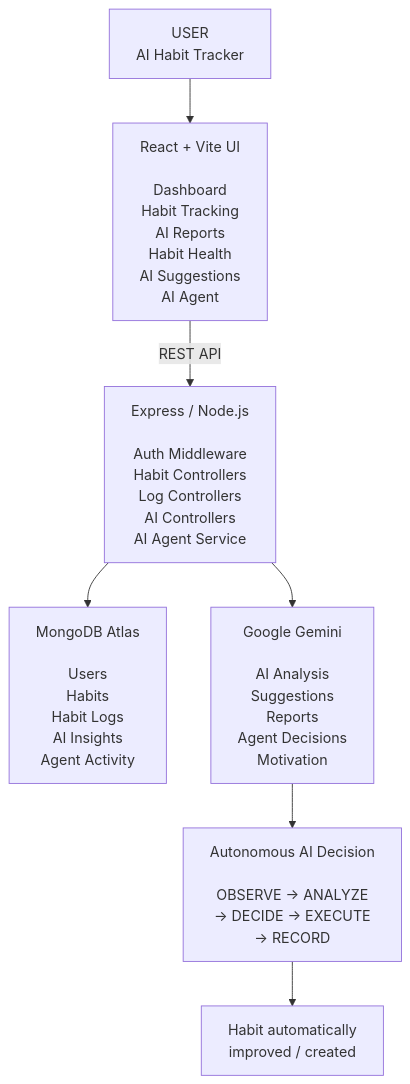
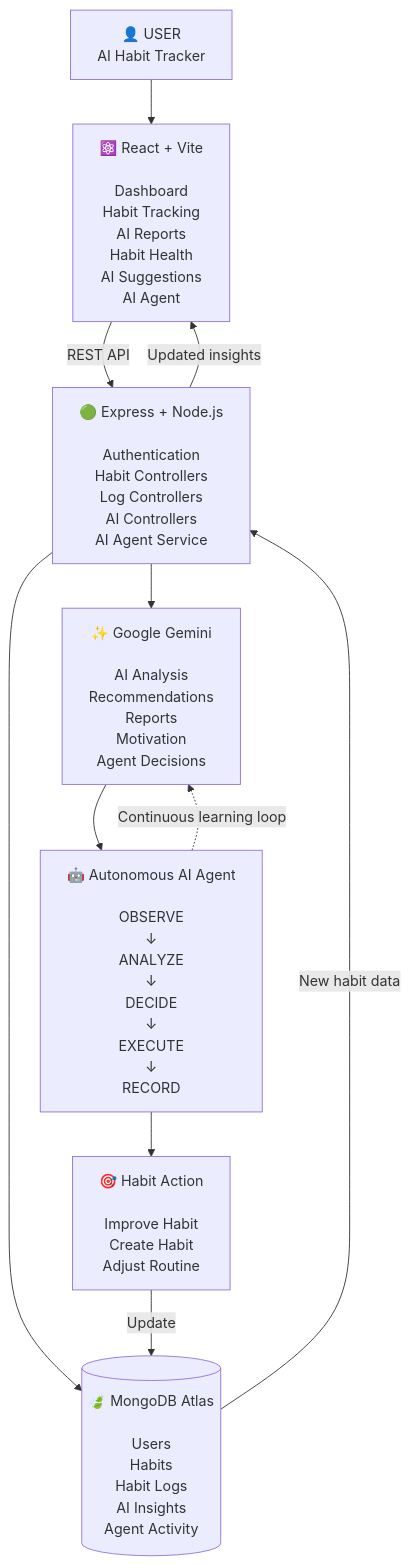
Before and after one commit to ramshyam11995-sys/AIHABITTRACKER: the first of 5 diagrams in README.md, drawn with Mermaid.

````diff
--- a/README.md
+++ b/README.md
@@ -13,27 +13,33 @@
 ```mermaid
 flowchart TD
 
-    U["USER<br/>AI Habit Tracker"]
+    U["👤 USER<br/>AI Habit Tracker"]
 
-    UI["React + Vite UI<br/><br/>Dashboard<br/>Habit Tracking<br/>AI Reports<br/>Habit Health<br/>AI Suggestions<br/>AI Agent"]
+    UI["⚛️ React + Vite<br/><br/>Dashboard<br/>Habit Tracking<br/>AI Reports<br/>Habit Health<br/>AI Suggestions<br/>AI Agent"]
 
-    API["Express / Node.js<br/><br/>Auth Middleware<br/>Habit Controllers<br/>Log Controllers<br/>AI Controllers<br/>AI Agent Service"]
+    API["🟢 Express + Node.js<br/><br/>Authentication<br/>Habit Controllers<br/>Log Controllers<br/>AI Controllers<br/>AI Agent Service"]
 
-    DB["MongoDB Atlas<br/><br/>Users<br/>Habits<br/>Habit Logs<br/>AI Insights<br/>Agent Activity"]
+    DB[("🍃 MongoDB Atlas<br/><br/>Users<br/>Habits<br/>Habit Logs<br/>AI Insights<br/>Agent Activity")]
 
-    GEMINI["Google Gemini<br/><br/>AI Analysis<br/>Suggestions<br/>Reports<br/>Agent Decisions<br/>Motivation"]
+    AI["✨ Google Gemini<br/><br/>AI Analysis<br/>Recommendations<br/>Reports<br/>Motivation<br/>Agent Decisions"]
 
-    AGENT["Autonomous AI Decision<br/><br/>OBSERVE → ANALYZE<br/>→ DECIDE → EXECUTE<br/>→ RECORD"]
+    AGENT["🤖 Autonomous AI Agent<br/><br/>OBSERVE<br/>↓<br/>ANALYZE<br/>↓<br/>DECIDE<br/>↓<br/>EXECUTE<br/>↓<br/>RECORD"]
 
-    RESULT["Habit automatically<br/>improved / created"]
-
+    ACTION["🎯 Habit Action<br/><br/>Improve Habit<br/>Create Habit<br/>Adjust Routine"]
 
     U --> UI
     UI -->|"REST API"| API
 
     API --> DB
-    API --> GEMINI
+    API --> AI
 
-    GEMINI --> AGENT
-    AGENT --> RESULT
+    AI --> AGENT
+    AGENT --> ACTION
+
+    ACTION -->|"Update"| DB
+    DB -->|"New habit data"| API
+    API -->|"Updated insights"| UI
+
+    AGENT -.->|"Continuous learning loop"| AI
+
 ```
````
